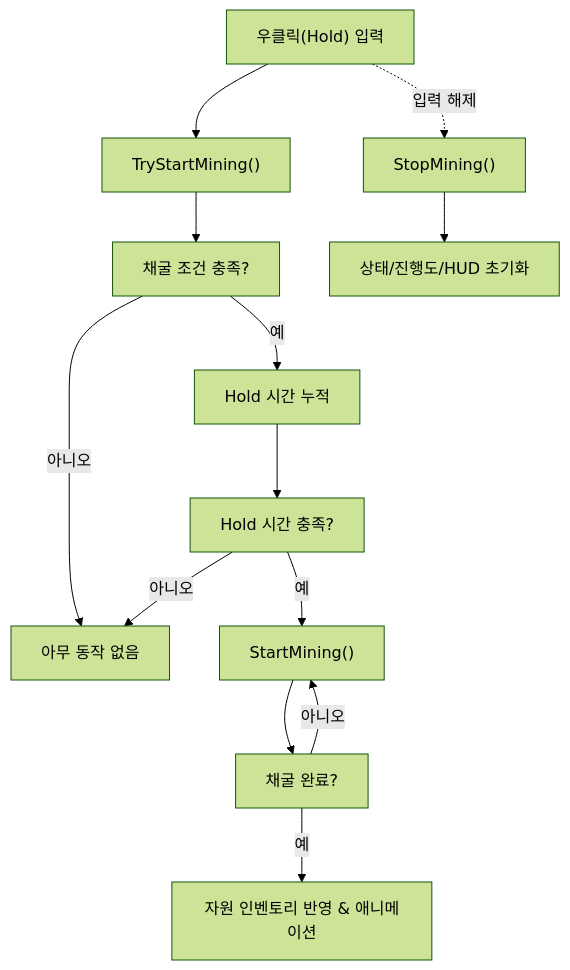
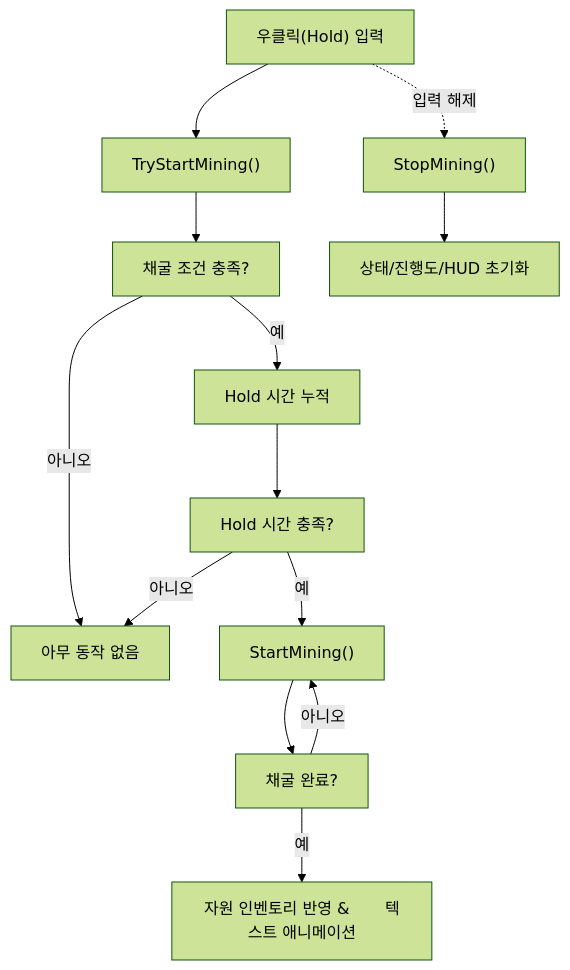
Before and after one commit to WJMcode/MBFactorio: the diagram in README.md, drawn with Mermaid (forest theme).

````diff
--- a/README.md
+++ b/README.md
@@ -277,15 +277,15 @@
 ```mermaid
 flowchart TD
     S["우클릭(Hold) 입력"] --> T["TryStartMining()"]
     T --> A["채굴 조건 충족?"]
     A -- "아니오" --> E["아무 동작 없음"]
     A -- "예" --> B["Hold 시간 누적"]
     B --> C["Hold 시간 충족?"]
     C -- "아니오" --> E
     C -- "예" --> D["StartMining()"]
     D --> F["채굴 완료?"]
     F -- "아니오" --> D
-    F -- "예" --> G["자원 인벤토리 반영 & 애니메이션"]
+    F -- "예" --> G["자원 인벤토리 반영 &       텍스트 애니메이션"]
     S -. "입력 해제" .-> H["StopMining()"]
     H --> I["상태/진행도/HUD 초기화"]
 ```
````
